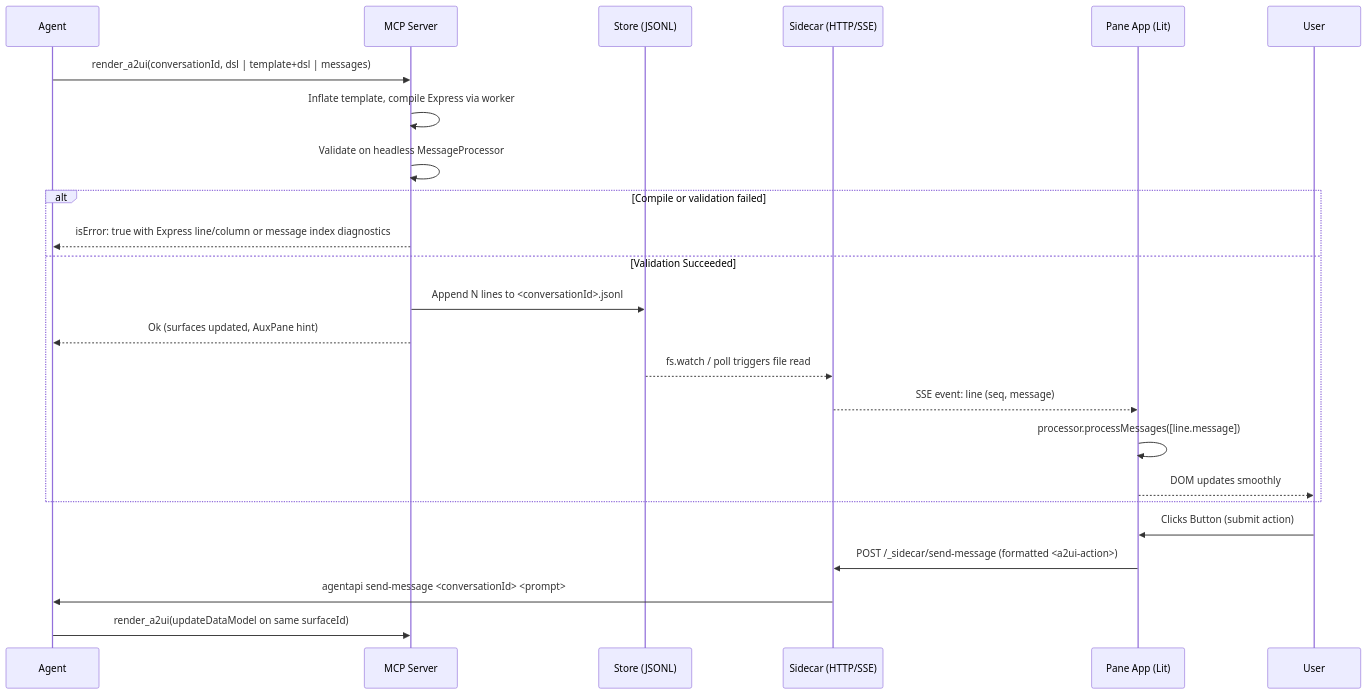
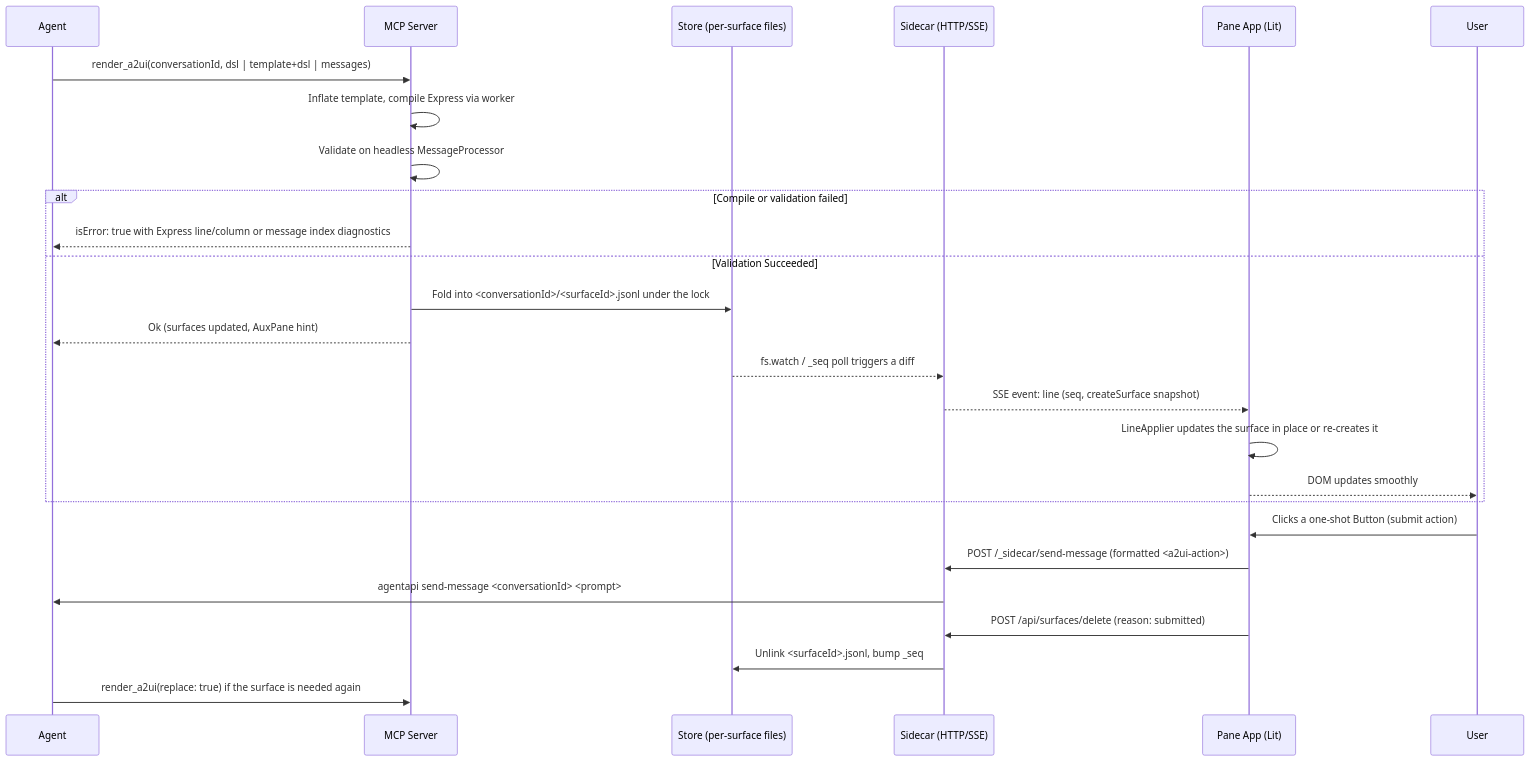
The second of 2 diagrams in docs/design.md (gspencergoog/a2ui-pane), drawn with Mermaid before and after one commit. The commit also changed other lines of this file and 2 other files, not shown here.

First line of the commit message:
docs: describe the per-surface store and delete-on-dismiss lifecycle

````diff
--- a/docs/design.md
+++ b/docs/design.md
@@ -71,28 +73,30 @@
 ```mermaid
 sequenceDiagram
     participant A as Agent
     participant M as MCP Server
-    participant S as Store (JSONL)
+    participant S as Store (per-surface files)
     participant C as Sidecar (HTTP/SSE)
     participant P as Pane App (Lit)
     participant U as User
 
     A->>M: render_a2ui(conversationId, dsl | template+dsl | messages)
     M->>M: Inflate template, compile Express via worker
     M->>M: Validate on headless MessageProcessor
     alt Compile or validation failed
       M-->>A: isError: true with Express line/column or message index diagnostics
     else Validation Succeeded
-      M->>S: Append N lines to <conversationId>.jsonl
+      M->>S: Fold into <conversationId>/<surfaceId>.jsonl under the lock
       M-->>A: Ok (surfaces updated, AuxPane hint)
-      S-->>C: fs.watch / poll triggers file read
-      C-->>P: SSE event: line (seq, message)
-      P->>P: processor.processMessages([line.message])
+      S-->>C: fs.watch / _seq poll triggers a diff
+      C-->>P: SSE event: line (seq, createSurface snapshot)
+      P->>P: LineApplier updates the surface in place or re-creates it
       P-->>U: DOM updates smoothly
     end
 
-    U->>P: Clicks Button (submit action)
+    U->>P: Clicks a one-shot Button (submit action)
     P->>C: POST /_sidecar/send-message (formatted <a2ui-action>)
     C->>A: agentapi send-message <conversationId> <prompt>
-    A->>M: render_a2ui(updateDataModel on same surfaceId)
+    P->>C: POST /api/surfaces/delete (reason: submitted)
+    C->>S: Unlink <surfaceId>.jsonl, bump _seq
+    A->>M: render_a2ui(replace: true) if the surface is needed again
 ```
````
